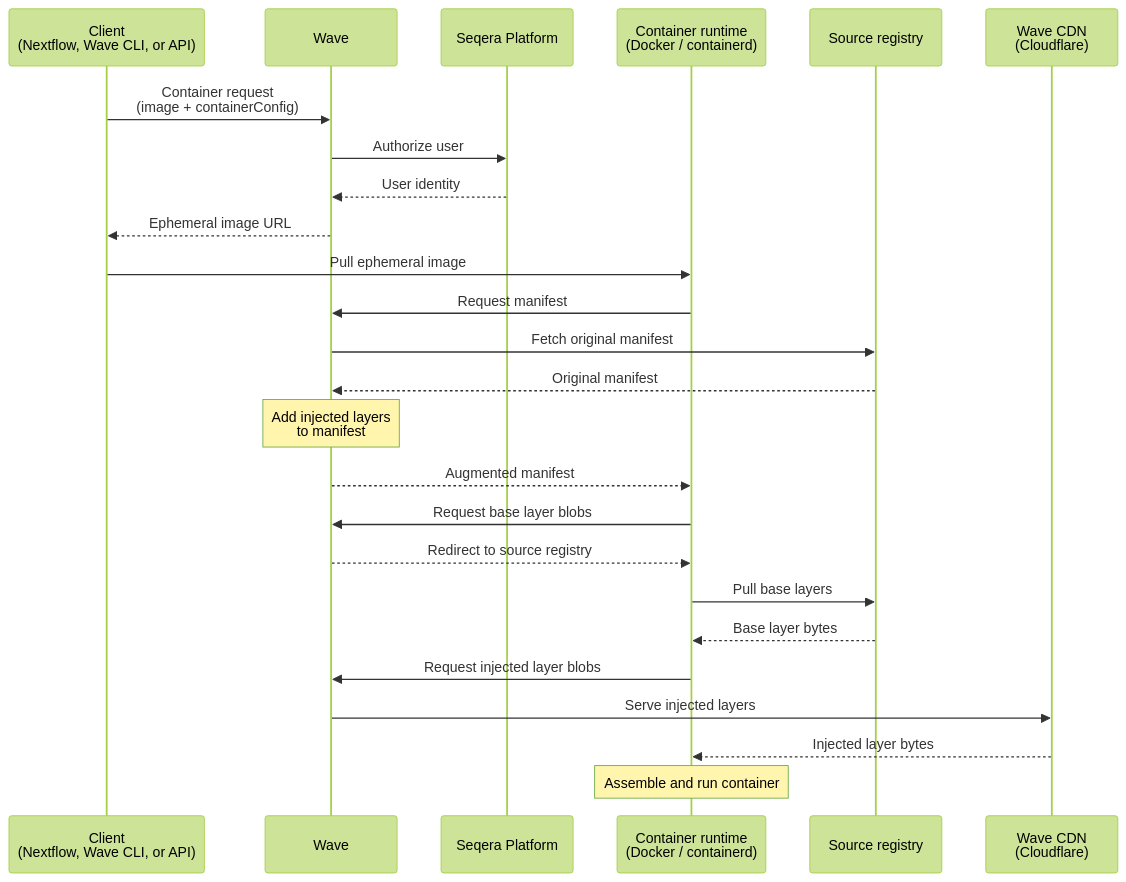
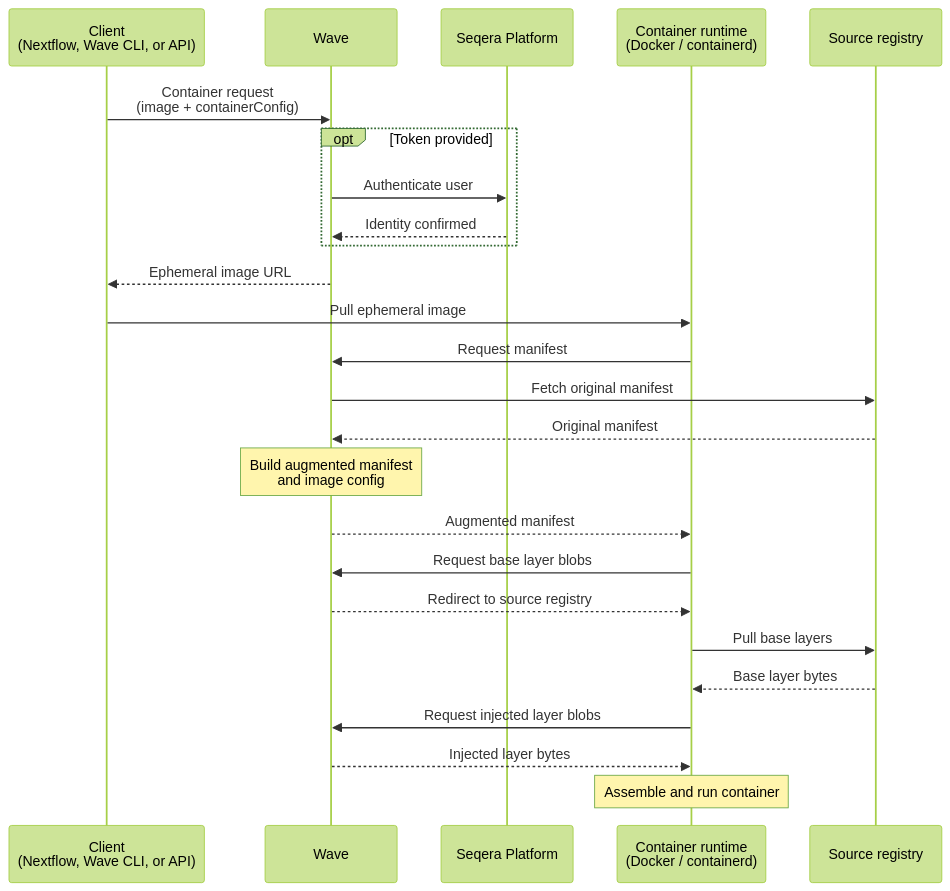
Before and after one commit to seqeralabs/wave: the diagram in docs/features/augmentation.mdx, drawn with Mermaid (forest theme). The commit also changed other lines of this file and 13 other files, not shown here.

````diff
--- a/docs/features/augmentation.mdx
+++ b/docs/features/augmentation.mdx
@@ -34,32 +37,32 @@
 ```mermaid
 sequenceDiagram
     participant C as Client<br/>(Nextflow, Wave CLI, or API)
     participant W as Wave
     participant P as Seqera Platform
     participant RT as Container runtime<br/>(Docker / containerd)
     participant R as Source registry
-    participant CDN as Wave CDN<br/>(Cloudflare)
 
     C->>W: Container request<br/>(image + containerConfig)
-    W->>P: Authorize user
-    P-->>W: User identity
+    opt Token provided
+        W->>P: Authenticate user
+        P-->>W: Identity confirmed
+    end
     W-->>C: Ephemeral image URL
 
     C->>RT: Pull ephemeral image
     RT->>W: Request manifest
     W->>R: Fetch original manifest
     R-->>W: Original manifest
-    Note over W: Add injected layers<br/>to manifest
+    Note over W: Build augmented manifest<br/>and image config
     W-->>RT: Augmented manifest
 
     RT->>W: Request base layer blobs
     W-->>RT: Redirect to source registry
     RT->>R: Pull base layers
     R-->>RT: Base layer bytes
 
     RT->>W: Request injected layer blobs
-    W->>CDN: Serve injected layers
-    CDN-->>RT: Injected layer bytes
+    W-->>RT: Injected layer bytes
 
     Note over RT: Assemble and run container
 ```
````
